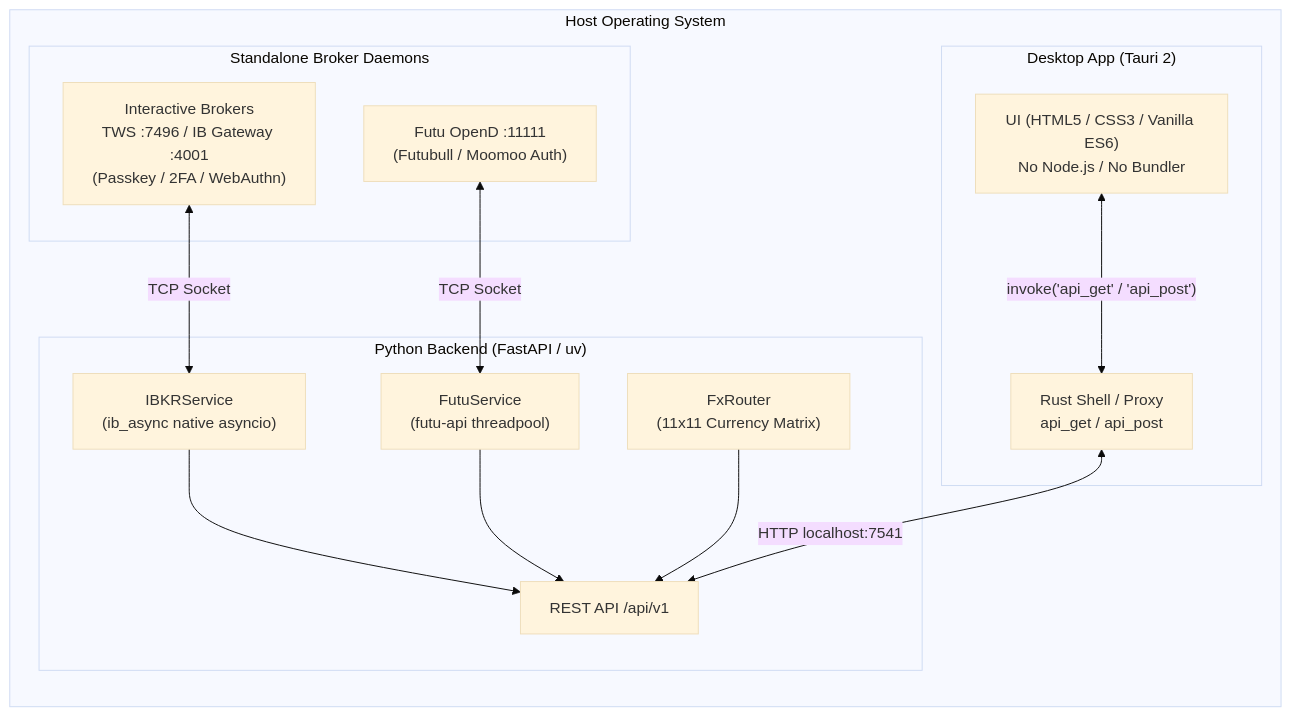
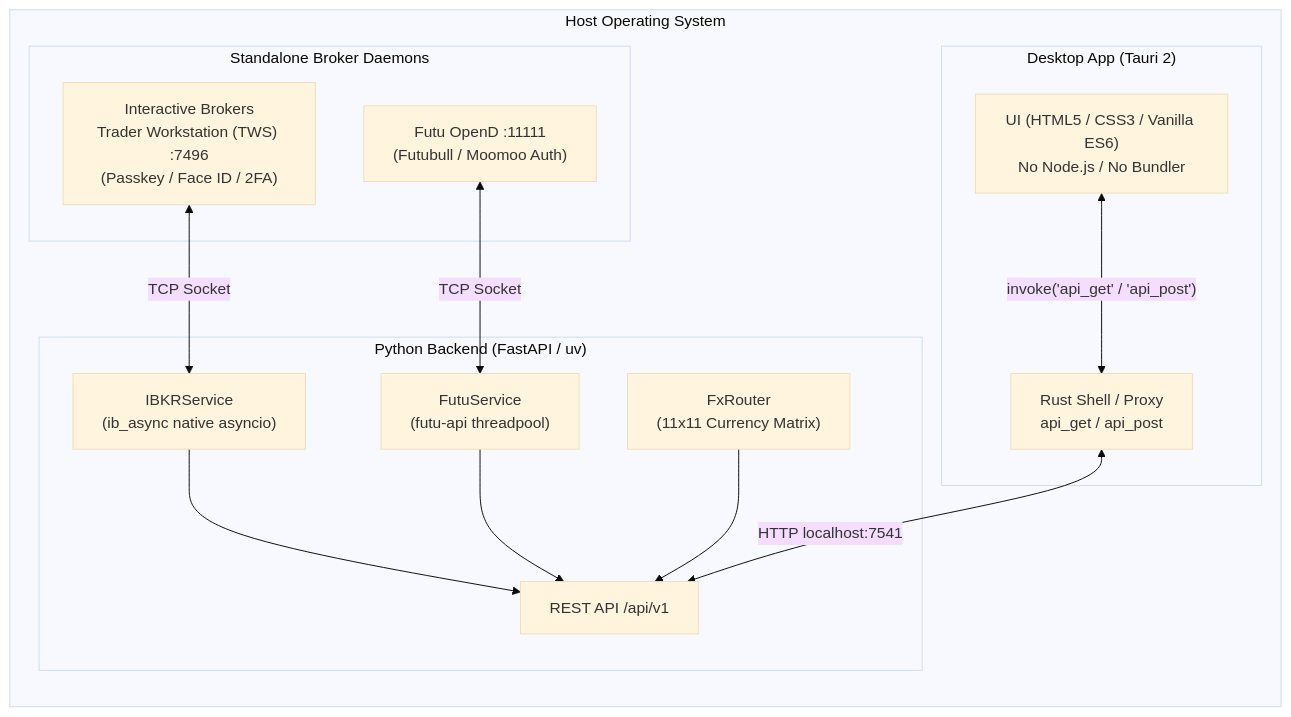
One commit to DHKLeung/uninv changed the diagram in README.md. Above: the diagram before and after it, drawn with Mermaid (base theme). The commit also changed other lines of this file and 8 other files, not shown here.

Commit message:
docs: enforce Trader Workstation (TWS) exclusively on port 7496 and enhance broker guides

````diff
--- a/README.md
+++ b/README.md
@@ -54,30 +54,30 @@
 ```mermaid
 flowchart LR
     subgraph Host["Host Operating System"]
         subgraph Gateways["Standalone Broker Daemons"]
-            IBGW["Interactive Brokers<br/>TWS :7496 / IB Gateway :4001<br/>(Passkey / 2FA / WebAuthn)"]
+            IBGW["Interactive Brokers<br/>Trader Workstation (TWS) :7496<br/>(Passkey / Face ID / 2FA)"]
             FUTU["Futu OpenD :11111<br/>(Futubull / Moomoo Auth)"]
         end
 
         subgraph Backend["Python Backend (FastAPI / uv)"]
             API["REST API /api/v1"]
             IBKR_SVC["IBKRService<br/>(ib_async native asyncio)"]
             FUTU_SVC["FutuService<br/>(futu-api threadpool)"]
             FX["FxRouter<br/>(11x11 Currency Matrix)"]
         end
 
         subgraph Desktop["Desktop App (Tauri 2)"]
             RS["Rust Shell / Proxy<br/>api_get / api_post"]
             UI["UI (HTML5 / CSS3 / Vanilla ES6)<br/>No Node.js / No Bundler"]
         end
     end
 
     IBGW <--"TCP Socket"--> IBKR_SVC
     FUTU <--"TCP Socket"--> FUTU_SVC
     IBKR_SVC --> API
     FUTU_SVC --> API
     FX --> API
 
     UI <--"invoke('api_get' / 'api_post')"--> RS
     RS <--"HTTP localhost:7541"--> API
 ```
````
